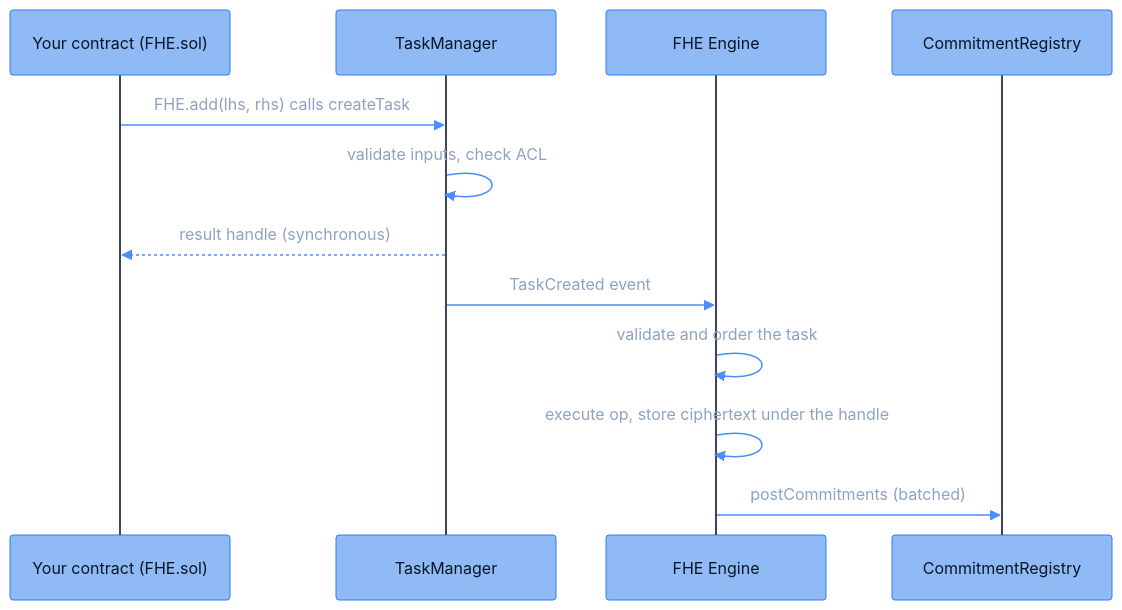
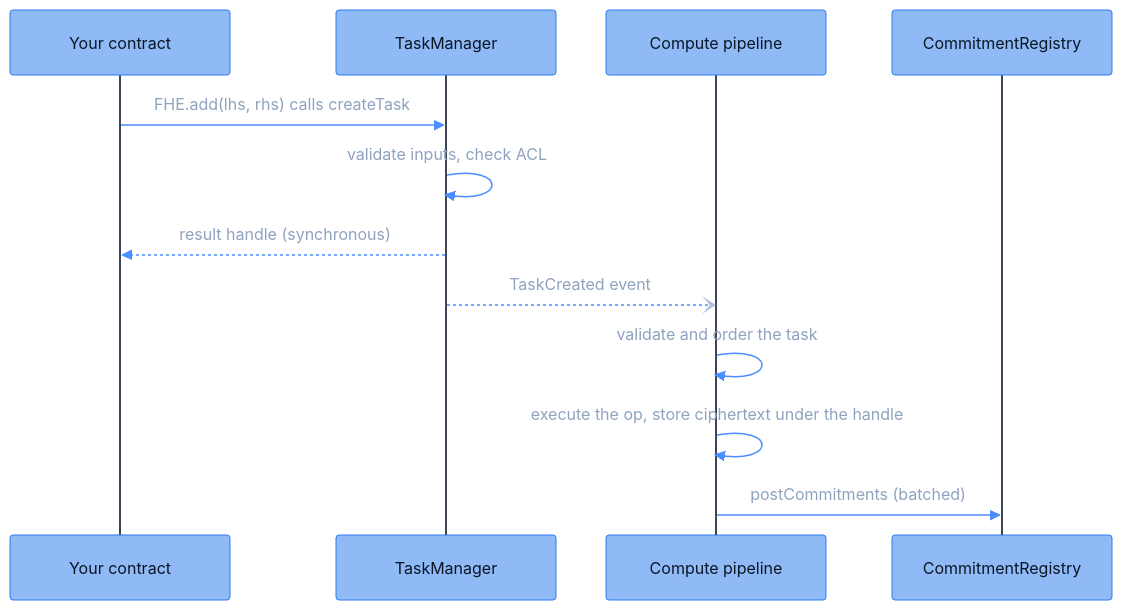
The diagram in deep-dive/data-flows/fhe-operation-request-flow.mdx (FhenixProtocol/fhenix-developer-docs), drawn with Mermaid before and after one commit. The commit also changed other lines of this file and 11 other files, not shown here.

First line of the commit message:
[DOCS] diagrams: one component vocabulary across every diagram and its page (#89)

````diff
--- a/deep-dive/data-flows/fhe-operation-request-flow.mdx
+++ b/deep-dive/data-flows/fhe-operation-request-flow.mdx
@@ -21,16 +21,16 @@
 ```mermaid
 %%{init: {"theme": "base", "themeVariables": {"fontFamily": "Menlo, Monaco, Consolas, monospace", "fontSize": "16px", "primaryColor": "#8FBAF5", "primaryBorderColor": "#2E7CF6", "primaryTextColor": "#0A1626", "lineColor": "#4C8DFF", "signalColor": "#4C8DFF", "signalTextColor": "#8FA3BF", "actorBkg": "#8FBAF5", "actorBorder": "#2E7CF6", "actorTextColor": "#0A1626", "actorLineColor": "#3D4654", "noteBkgColor": "#14171C", "noteBorderColor": "#3D4654", "noteTextColor": "#AFC3DE", "activationBkgColor": "#1E3A5F", "activationBorderColor": "#4C8DFF", "clusterBkg": "#14171C", "clusterBorder": "#3D4654", "titleColor": "#E7EAEE", "edgeLabelBackground": "#8FBAF5", "textColor": "#AFC3DE", "labelTextColor": "#E7EAEE", "tertiaryColor": "#14171C", "loopTextColor": "#AFC3DE", "labelBoxBkgColor": "#1E3A5F", "labelBoxBorderColor": "#4C8DFF"}, "sequence": {"actorFontFamily": "Menlo, Monaco, Consolas, monospace", "messageFontFamily": "Menlo, Monaco, Consolas, monospace", "noteFontFamily": "Menlo, Monaco, Consolas, monospace", "width": 220, "actorFontSize": 16, "messageFontSize": 16, "noteFontSize": 15}}}%%
 sequenceDiagram
-    participant Contract as Your contract (FHE.sol)
+    participant C as Your contract
     participant TM as TaskManager
-    participant Engine as FHE Engine
+    participant Pipe as Compute pipeline
     participant CR as CommitmentRegistry
 
-    Contract->>TM: FHE.add(lhs, rhs) calls createTask
+    C->>TM: FHE.add(lhs, rhs) calls createTask
     TM->>TM: validate inputs, check ACL
-    TM-->>Contract: result handle (synchronous)
-    TM->>Engine: TaskCreated event
-    Engine->>Engine: validate and order the task
-    Engine->>Engine: execute op, store ciphertext under the handle
-    Engine->>CR: postCommitments (batched)
+    TM-->>C: result handle (synchronous)
+    TM--)Pipe: TaskCreated event
+    Pipe->>Pipe: validate and order the task
+    Pipe->>Pipe: execute the op, store ciphertext under the handle
+    Pipe->>CR: postCommitments (batched)
 ```
````
